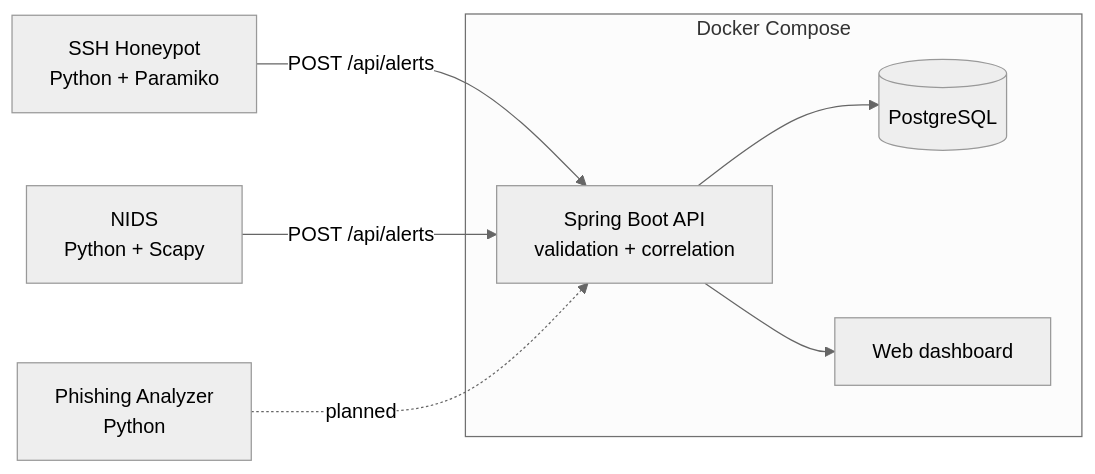
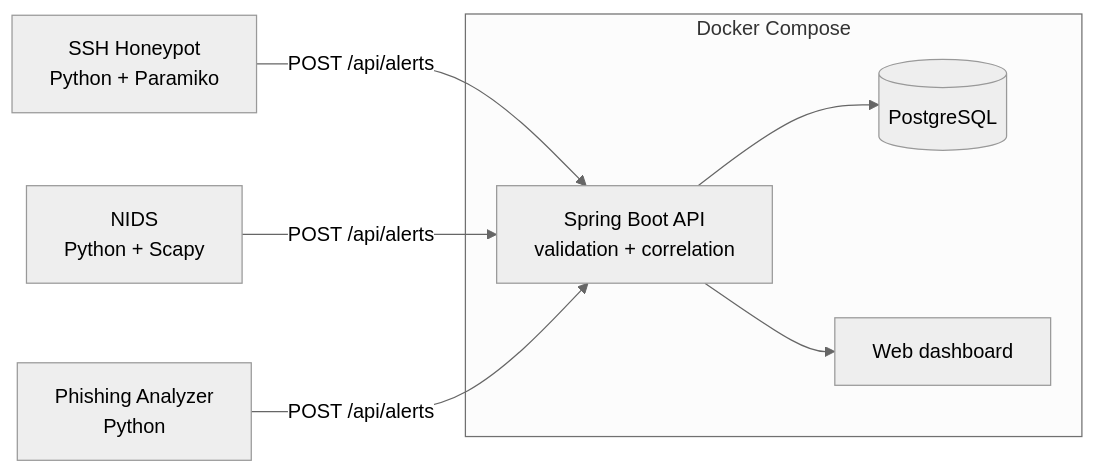
The diagram in README.md (VitoriaChuarts/mini-siem), drawn with Mermaid (neutral theme) before and after one commit. The commit also changed other lines of this file and 1 other file, not shown here.

Commit message:
docs: connect phishing analyzer, final README and dashboard screenshot

````diff
--- a/README.md
+++ b/README.md
@@ -11,10 +11,10 @@
 ```mermaid
 flowchart LR
     H["SSH Honeypot<br/>Python + Paramiko"] -->|POST /api/alerts| API
     N["NIDS<br/>Python + Scapy"] -->|POST /api/alerts| API
-    P["Phishing Analyzer<br/>Python"] -.->|planned| API
+    P["Phishing Analyzer<br/>Python"] -->|POST /api/alerts| API
     subgraph compose["Docker Compose"]
         API["Spring Boot API<br/>validation + correlation"] --> DB[("PostgreSQL")]
         API --> UI["Web dashboard"]
     end
 ```
````
